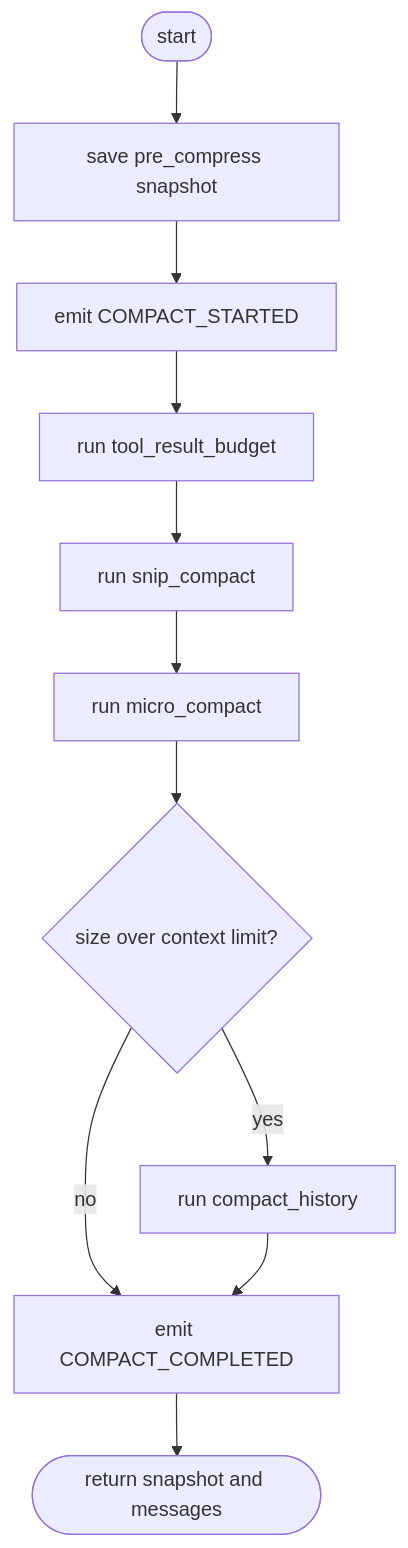
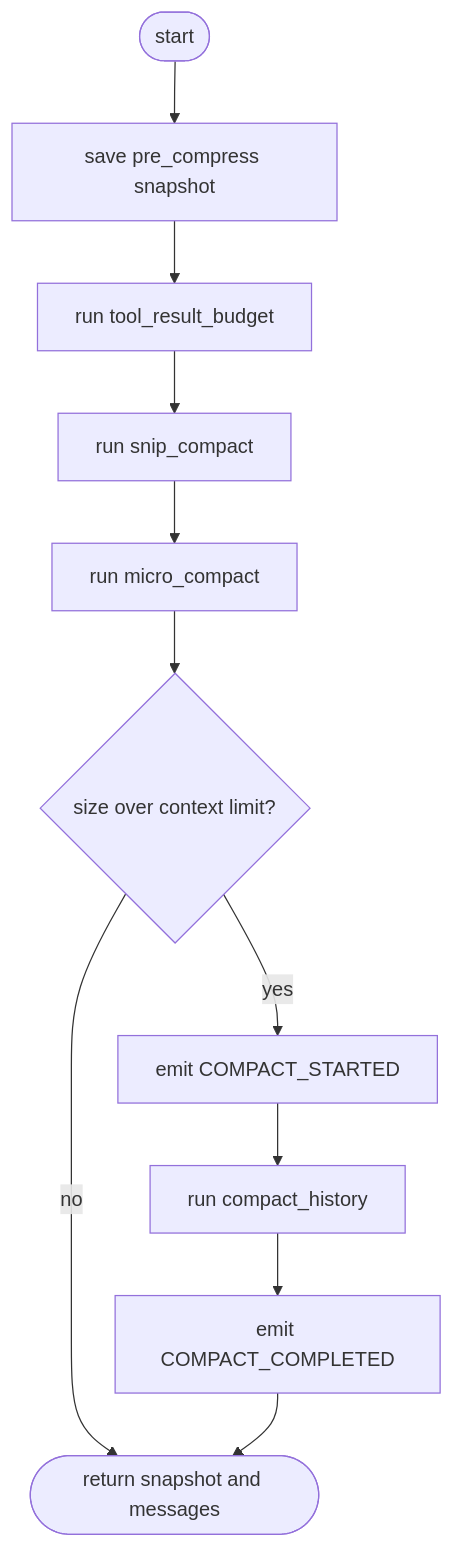
Before and after one commit to shiphex/lite_harness: the third of 4 diagrams in doc/architecture/agent_loop.md, drawn with Mermaid. The commit also changed other lines of this file and 3 other files, not shown here.

````diff
--- a/doc/architecture/agent_loop.md
+++ b/doc/architecture/agent_loop.md
@@ -280,13 +290,13 @@
 ```mermaid
 flowchart TD
     A([start]) --> B[save pre_compress snapshot]
-    B --> C[emit COMPACT_STARTED]
-    C --> D[run tool_result_budget]
+    B --> D[run tool_result_budget]
     D --> E[run snip_compact]
     E --> F[run micro_compact]
     F --> G{size over context limit?}
-    G -->|yes| H[run compact_history]
-    G -->|no| I[emit COMPACT_COMPLETED]
-    H --> I
-    I --> J([return snapshot and messages])
+    G -->|yes| H[emit COMPACT_STARTED]
+    H --> I[run compact_history]
+    I --> J[emit COMPACT_COMPLETED]
+    G -->|no| K([return snapshot and messages])
+    J --> K
 ```
````
